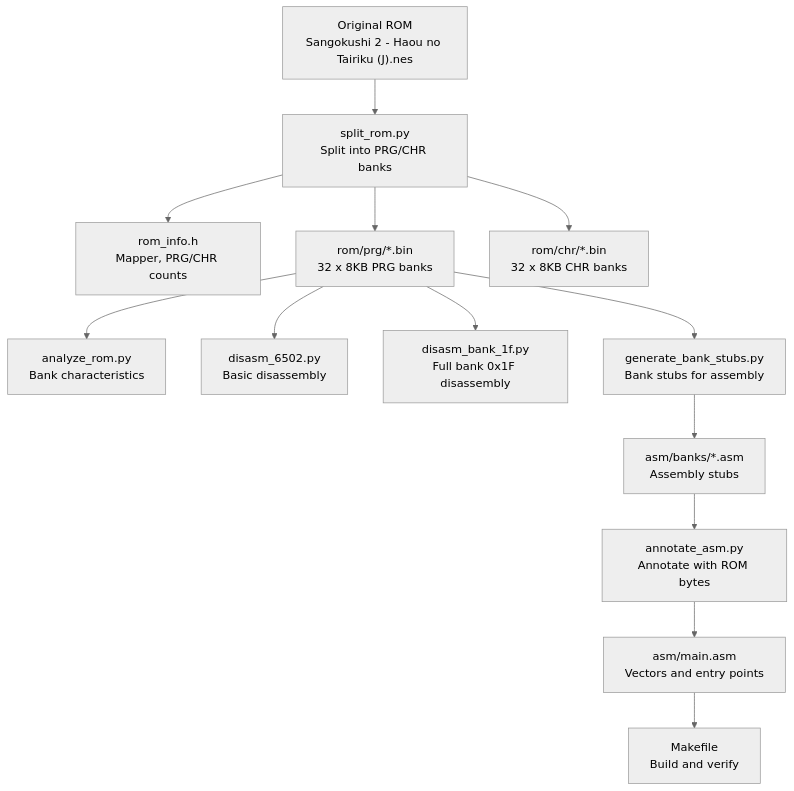
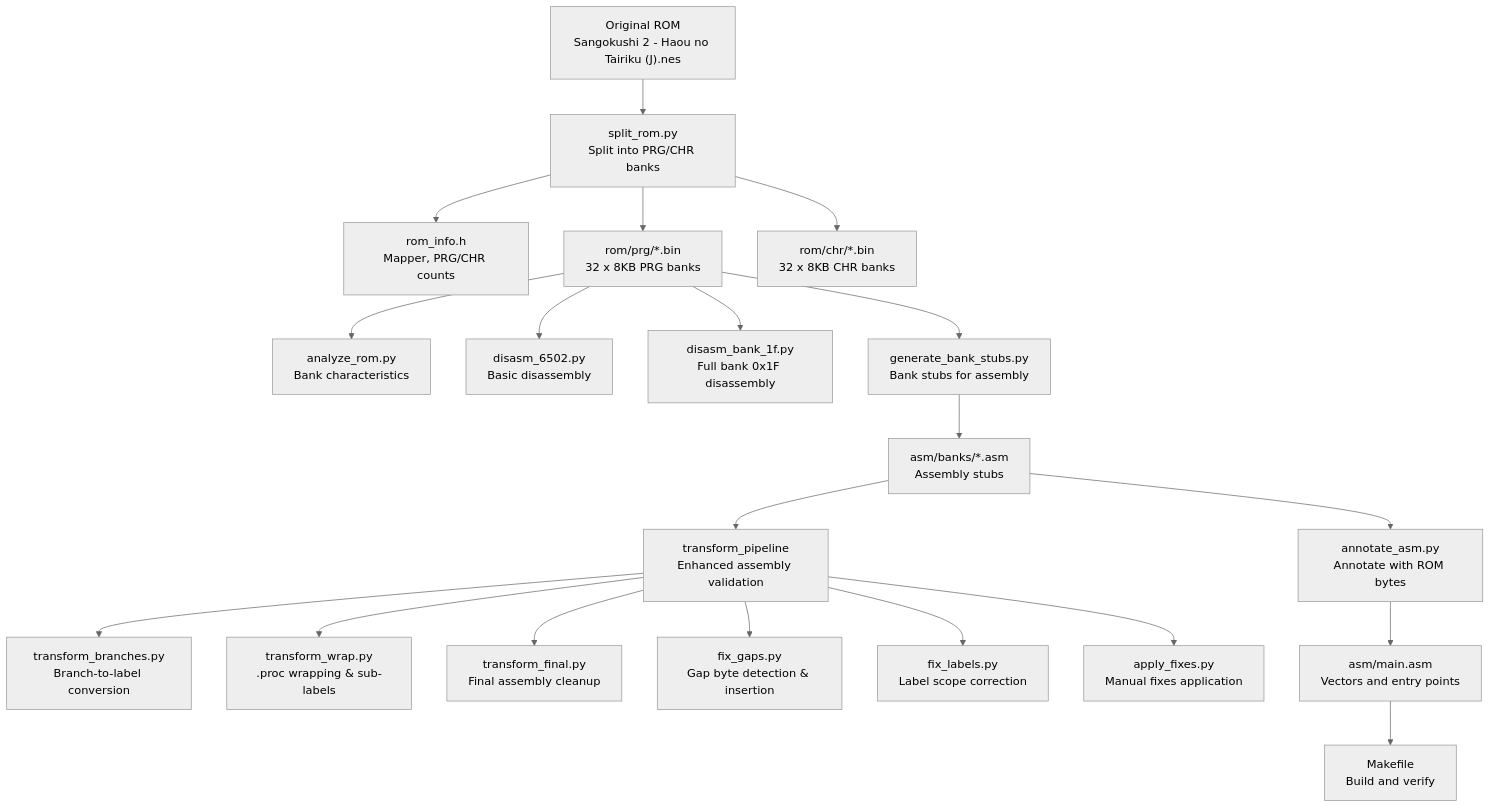
Before and after one commit to rabbyzero/sango2dasm: the first of 9 diagrams in .qoder/repowiki/en/content/ROM Analysis and Understanding/ROM Analysis and Understanding.md, drawn with Mermaid (neutral theme). The commit also changed other lines of this file and 8 other files, not shown here.

````diff
--- a/.qoder/repowiki/en/content/ROM Analysis and Understanding/ROM Analysis and Understanding.md
+++ b/.qoder/repowiki/en/content/ROM Analysis and Understanding/ROM Analysis and Understanding.md
@@ -50,15 +70,22 @@
 ```mermaid
 graph TB
 A["Original ROM<br/>Sangokushi 2 - Haou no Tairiku (J).nes"] --> B["split_rom.py<br/>Split into PRG/CHR banks"]
 B --> C["rom_info.h<br/>Mapper, PRG/CHR counts"]
 B --> D["rom/prg/*.bin<br/>32 x 8KB PRG banks"]
 B --> E["rom/chr/*.bin<br/>32 x 8KB CHR banks"]
 D --> F["analyze_rom.py<br/>Bank characteristics"]
 D --> G["disasm_6502.py<br/>Basic disassembly"]
 D --> H["disasm_bank_1f.py<br/>Full bank 0x1F disassembly"]
 D --> I["generate_bank_stubs.py<br/>Bank stubs for assembly"]
 I --> J["asm/banks/*.asm<br/>Assembly stubs"]
-J --> K["annotate_asm.py<br/>Annotate with ROM bytes"]
-K --> L["asm/main.asm<br/>Vectors and entry points"]
-L --> M["Makefile<br/>Build and verify"]
+J --> K["transform_pipeline<br/>Enhanced assembly validation"]
+K --> L["transform_branches.py<br/>Branch-to-label conversion"]
+K --> M["transform_wrap.py<br/>.proc wrapping & sub-labels"]
+K --> N["transform_final.py<br/>Final assembly cleanup"]
+K --> O["fix_gaps.py<br/>Gap byte detection & insertion"]
+K --> P["fix_labels.py<br/>Label scope correction"]
+K --> Q["apply_fixes.py<br/>Manual fixes application"]
+J --> R["annotate_asm.py<br/>Annotate with ROM bytes"]
+R --> S["asm/main.asm<br/>Vectors and entry points"]
+S --> T["Makefile<br/>Build and verify"]
 ```
````
